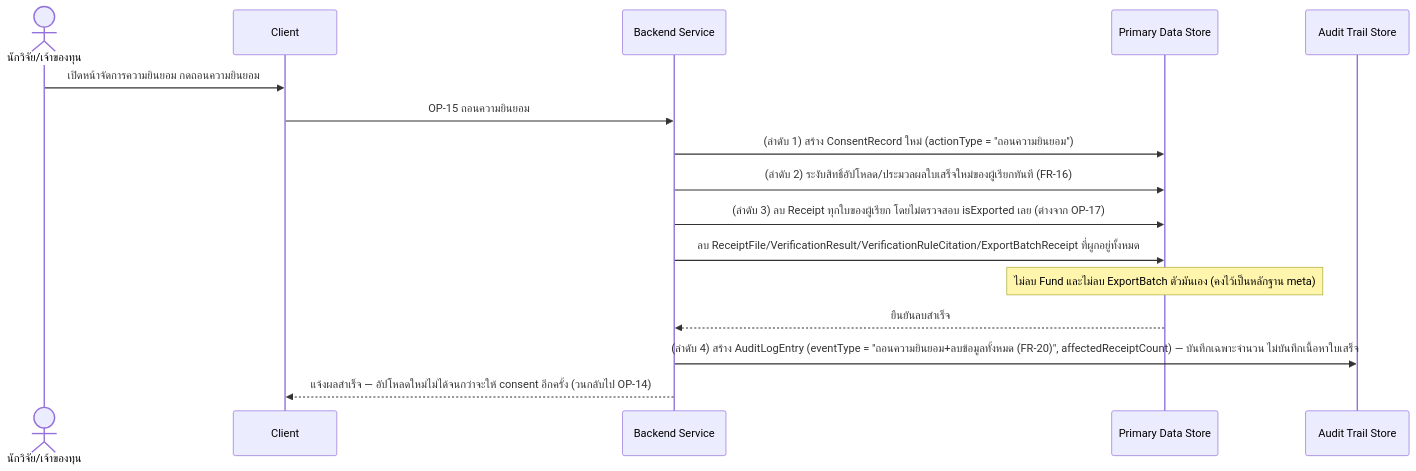
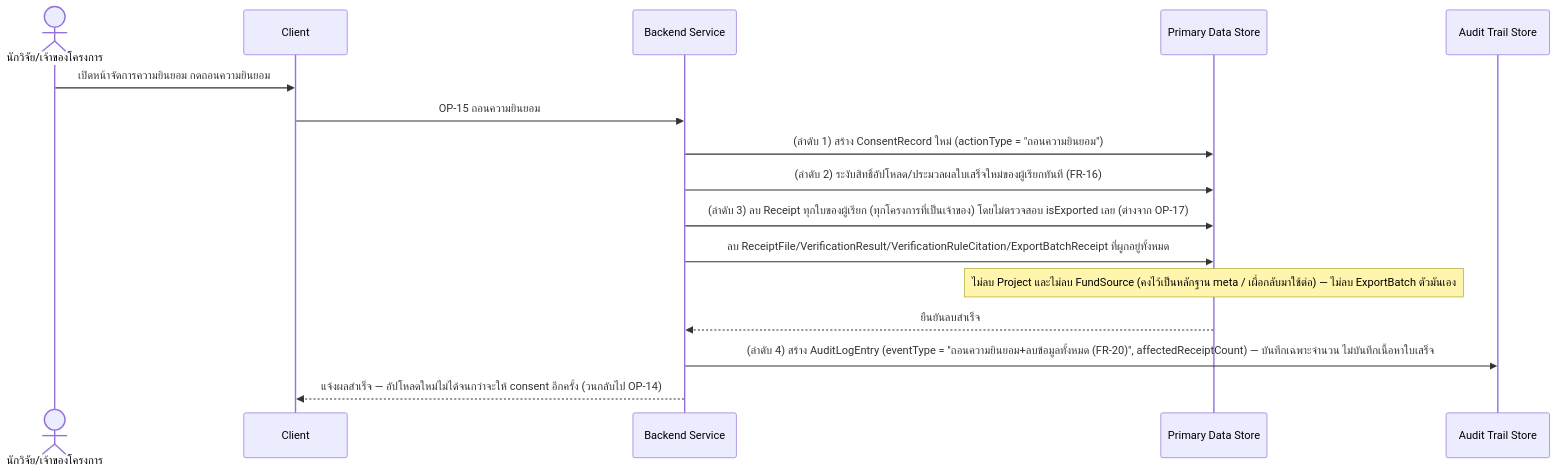
One commit to ptrsswnr/Grant-Receipt-Assistant changed the second of 3 diagrams in docs/02-design/02-technical/detailed-design/consent-management.md. Above: the diagram before and after it, drawn with Mermaid. The commit also changed other lines of this file and 18 other files, not shown here.

First line of the commit message:
Cascade FundSource/Project split through technical design

````diff
--- a/docs/02-design/02-technical/detailed-design/consent-management.md
+++ b/docs/02-design/02-technical/detailed-design/consent-management.md
@@ -55,19 +61,19 @@
 ```mermaid
 sequenceDiagram
-    actor R as นักวิจัย/เจ้าของทุน
+    actor R as นักวิจัย/เจ้าของโครงการ
     participant C as Client
     participant B as Backend Service
     participant DS as Primary Data Store
     participant AT as Audit Trail Store
 
     R->>C: เปิดหน้าจัดการความยินยอม กดถอนความยินยอม
     C->>B: OP-15 ถอนความยินยอม
     B->>DS: (ลำดับ 1) สร้าง ConsentRecord ใหม่ (actionType = "ถอนความยินยอม")
     B->>DS: (ลำดับ 2) ระงับสิทธิ์อัปโหลด/ประมวลผลใบเสร็จใหม่ของผู้เรียกทันที (FR-16)
-    B->>DS: (ลำดับ 3) ลบ Receipt ทุกใบของผู้เรียก โดยไม่ตรวจสอบ isExported เลย (ต่างจาก OP-17)
+    B->>DS: (ลำดับ 3) ลบ Receipt ทุกใบของผู้เรียก (ทุกโครงการที่เป็นเจ้าของ) โดยไม่ตรวจสอบ isExported เลย (ต่างจาก OP-17)
     B->>DS: ลบ ReceiptFile/VerificationResult/VerificationRuleCitation/ExportBatchReceipt ที่ผูกอยู่ทั้งหมด
-    Note over DS: ไม่ลบ Fund และไม่ลบ ExportBatch ตัวมันเอง (คงไว้เป็นหลักฐาน meta)
+    Note over DS: ไม่ลบ Project และไม่ลบ FundSource (คงไว้เป็นหลักฐาน meta / เผื่อกลับมาใช้ต่อ) — ไม่ลบ ExportBatch ตัวมันเอง
     DS-->>B: ยืนยันลบสำเร็จ
     B->>AT: (ลำดับ 4) สร้าง AuditLogEntry (eventType = "ถอนความยินยอม+ลบข้อมูลทั้งหมด (FR-20)", affectedReceiptCount) — บันทึกเฉพาะจำนวน ไม่บันทึกเนื้อหาใบเสร็จ
     B-->>C: แจ้งผลสำเร็จ — อัปโหลดใหม่ไม่ได้จนกว่าจะให้ consent อีกครั้ง (วนกลับไป OP-14)
 ```
````
